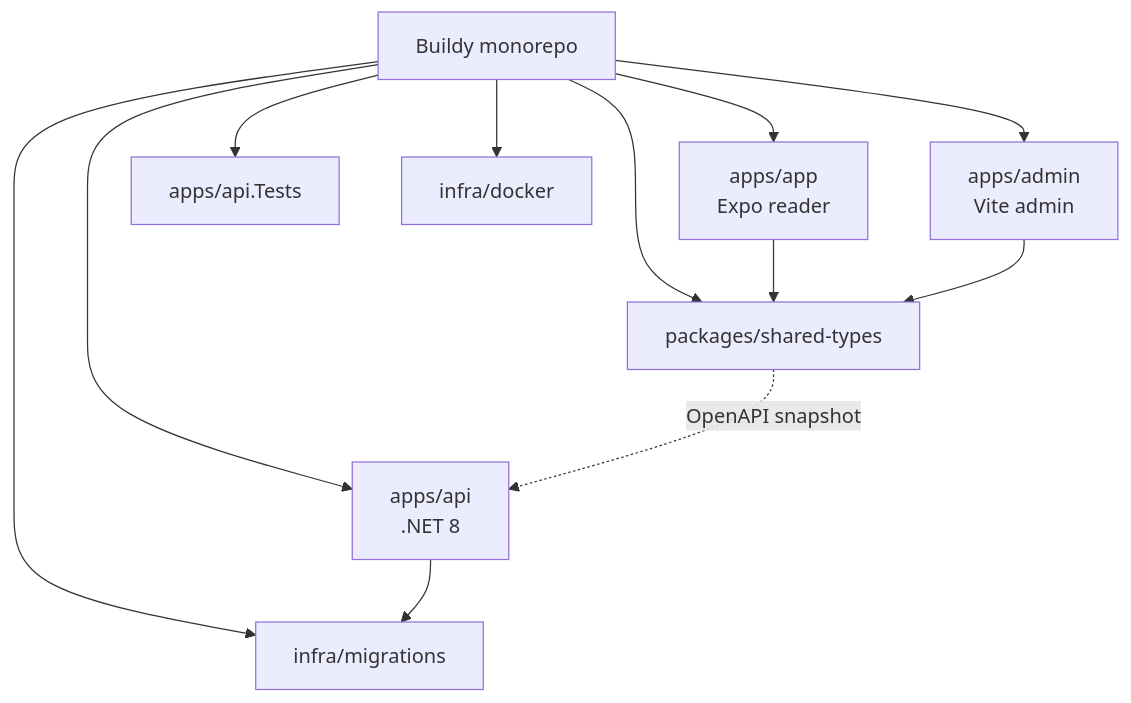
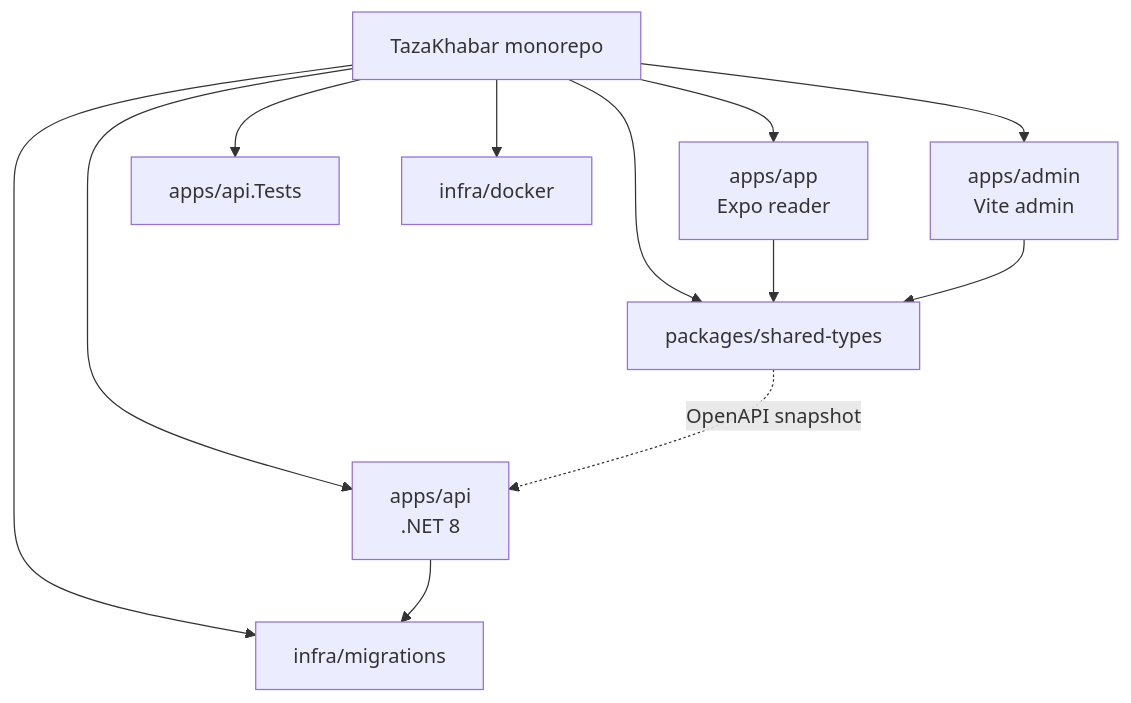
The diagram in docs/architecture/01-monorepo.md (sshivanshg/TAZAkhabar), drawn with Mermaid before and after one commit. The commit also changed other lines of this file and 108 other files, not shown here.

Commit message:
Rename project and configuration from NewsFeed to TazaKhabar

````diff
--- a/docs/architecture/01-monorepo.md
+++ b/docs/architecture/01-monorepo.md
@@ -17,15 +17,15 @@
 ```mermaid
 flowchart TB
-  root[Buildy monorepo]
+  root[TazaKhabar monorepo]
   root --> app[apps/app<br/>Expo reader]
   root --> admin[apps/admin<br/>Vite admin]
   root --> api[apps/api<br/>.NET 8]
   root --> tests[apps/api.Tests]
   root --> shared[packages/shared-types]
   root --> docker[infra/docker]
   root --> mig[infra/migrations]
   api --> mig
   app --> shared
   admin --> shared
   shared -.->|OpenAPI snapshot| api
 ```
````
